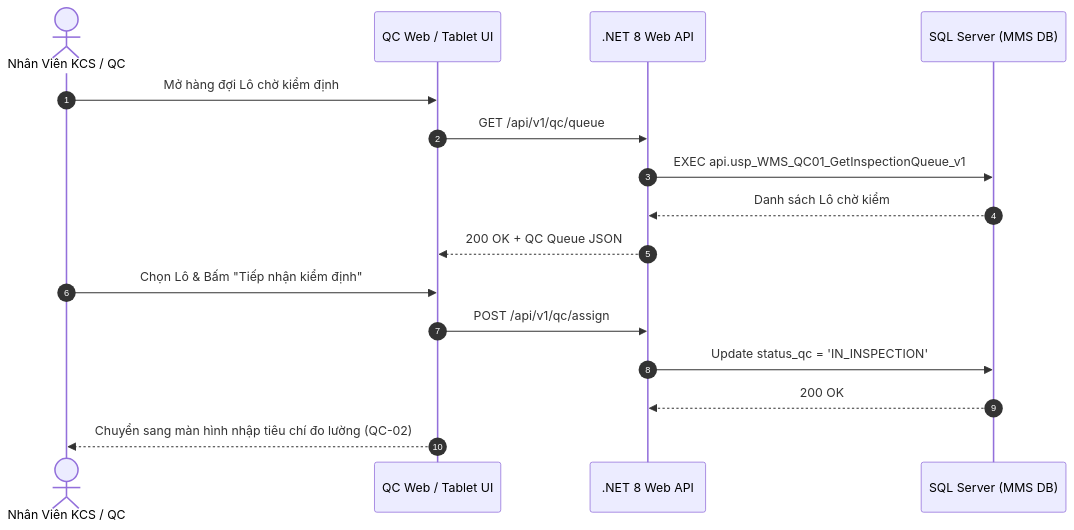
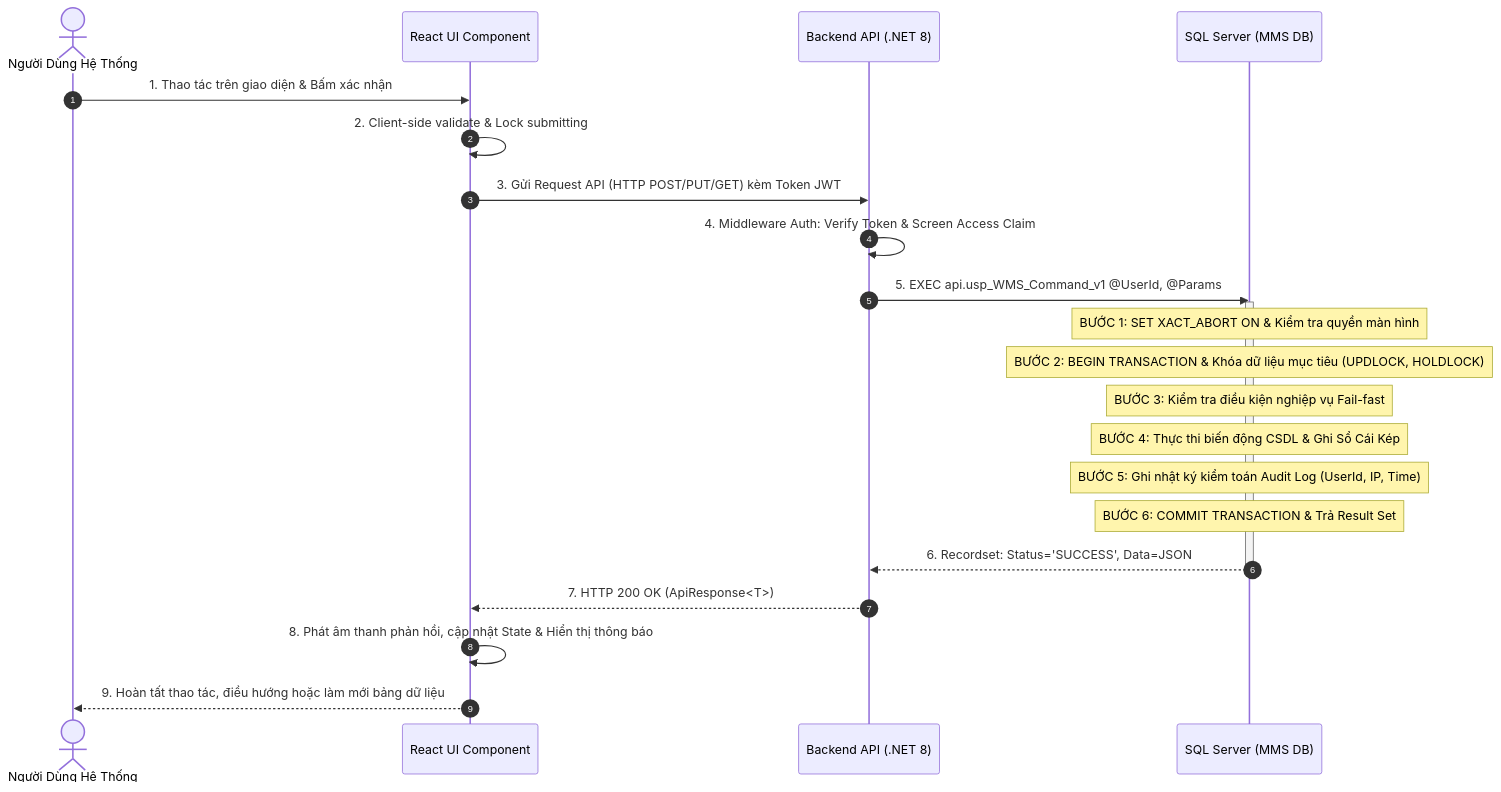
One commit to Sohoa-KNSG/mms changed the third of 4 diagrams in docs/03-use-cases/UC-12_QC-01.md. Above: the diagram before and after it, drawn with Mermaid. The commit also changed other lines of this file and 18 other files, not shown here.

Commit message:
docs: add internal Stored Procedure execution order and transaction logic steps to Sequence Diagrams across all use cases

````diff
--- a/docs/03-use-cases/UC-12_QC-01.md
+++ b/docs/03-use-cases/UC-12_QC-01.md
@@ -119,19 +119,29 @@
 ```mermaid
 sequenceDiagram
     autonumber
-    actor QC as Nhân Viên KCS / QC
-    participant UI as QC Web / Tablet UI
-    participant API as .NET 8 Web API
+    actor User as Người Dùng Hệ Thống
+    participant UI as React UI Component
+    participant API as Backend API (.NET 8)
     participant DB as SQL Server (MMS DB)
 
-    QC->>UI: Mở hàng đợi Lô chờ kiểm định
-    UI->>API: GET /api/v1/qc/queue
-    API->>DB: EXEC api.usp_WMS_QC01_GetInspectionQueue_v1
-    DB-->>API: Danh sách Lô chờ kiểm
-    API-->>UI: 200 OK + QC Queue JSON
-    QC->>UI: Chọn Lô & Bấm "Tiếp nhận kiểm định"
-    UI->>API: POST /api/v1/qc/assign
-    API->>DB: Update status_qc = 'IN_INSPECTION'
-    DB-->>API: 200 OK
-    UI-->>QC: Chuyển sang màn hình nhập tiêu chí đo lường (QC-02)
+    User->>UI: 1. Thao tác trên giao diện & Bấm xác nhận
+    UI->>UI: 2. Client-side validate & Lock submitting
+    UI->>API: 3. Gửi Request API (HTTP POST/PUT/GET) kèm Token JWT
+    
+    API->>API: 4. Middleware Auth: Verify Token & Screen Access Claim
+    API->>DB: 5. EXEC api.usp_WMS_Command_v1 @UserId, @Params
+    
+    activate DB
+    Note over DB: BƯỚC 1: SET XACT_ABORT ON & Kiểm tra quyền màn hình
+    Note over DB: BƯỚC 2: BEGIN TRANSACTION & Khóa dữ liệu mục tiêu (UPDLOCK, HOLDLOCK)
+    Note over DB: BƯỚC 3: Kiểm tra điều kiện nghiệp vụ Fail-fast
+    Note over DB: BƯỚC 4: Thực thi biến động CSDL & Ghi Sổ Cái Kép
+    Note over DB: BƯỚC 5: Ghi nhật ký kiểm toán Audit Log (UserId, IP, Time)
+    Note over DB: BƯỚC 6: COMMIT TRANSACTION & Trả Result Set
+    DB-->>API: 6. Recordset: Status='SUCCESS', Data=JSON
+    deactivate DB
+
+    API-->>UI: 7. HTTP 200 OK (ApiResponse<T>)
+    UI->>UI: 8. Phát âm thanh phản hồi, cập nhật State & Hiển thị thông báo
+    UI-->>User: 9. Hoàn tất thao tác, điều hướng hoặc làm mới bảng dữ liệu
 ```
````
